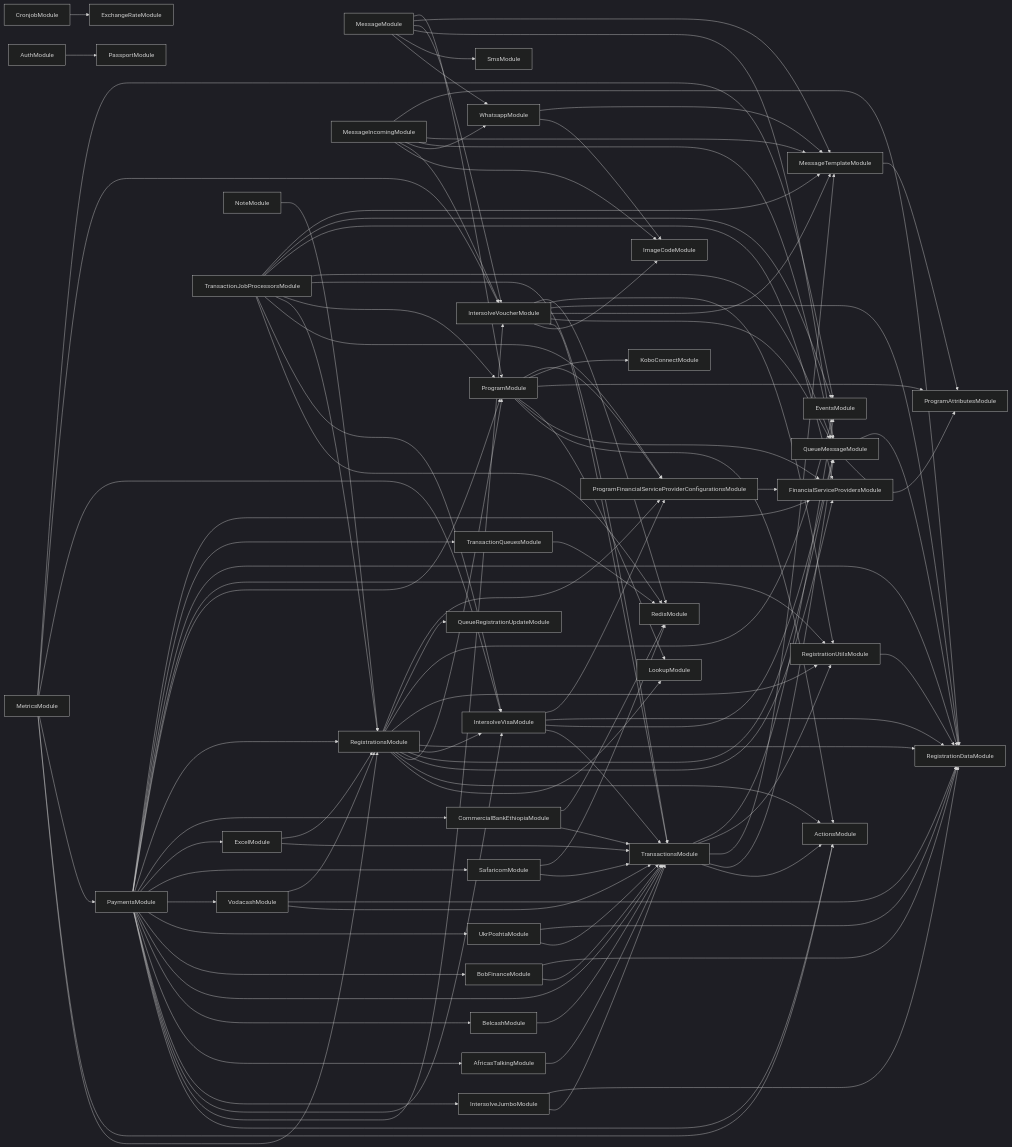
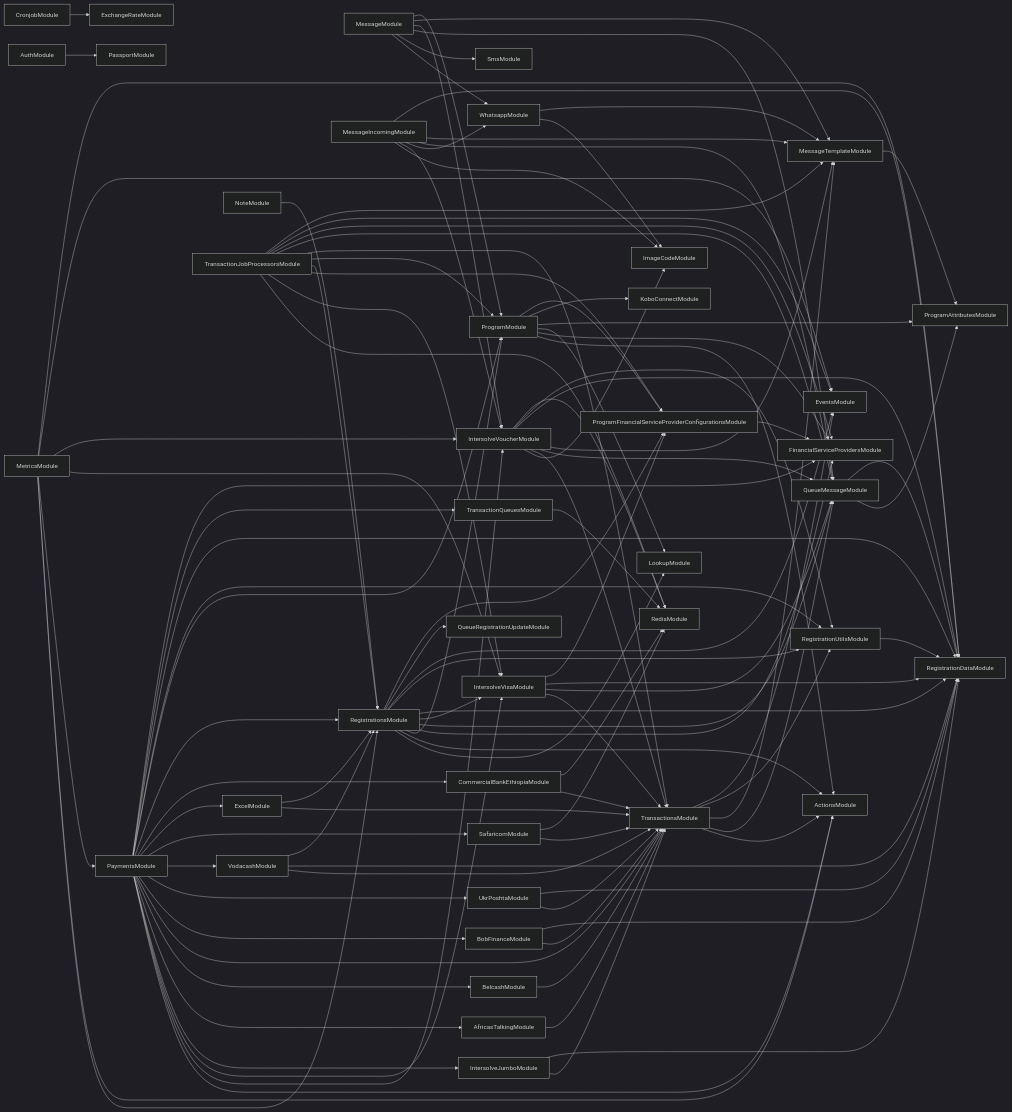
Before and after one commit to global-121/121-platform: the diagram in services/121-service/module-dependencies.md, drawn with Mermaid (dark theme). The commit also changed 6 other files, not shown here.

Commit message:
Refactor usage of RegistrationDataScopedRepository

```diff
--- a/services/121-service/module-dependencies.md
+++ b/services/121-service/module-dependencies.md
@@ -92,6 +92,7 @@
   MetricsModule-->IntersolveVisaModule
   MetricsModule-->IntersolveVoucherModule
   MetricsModule-->EventsModule
+  MetricsModule-->RegistrationDataModule
   MessageIncomingModule-->ImageCodeModule
   MessageIncomingModule-->IntersolveVoucherModule
   MessageIncomingModule-->WhatsappModule
```
